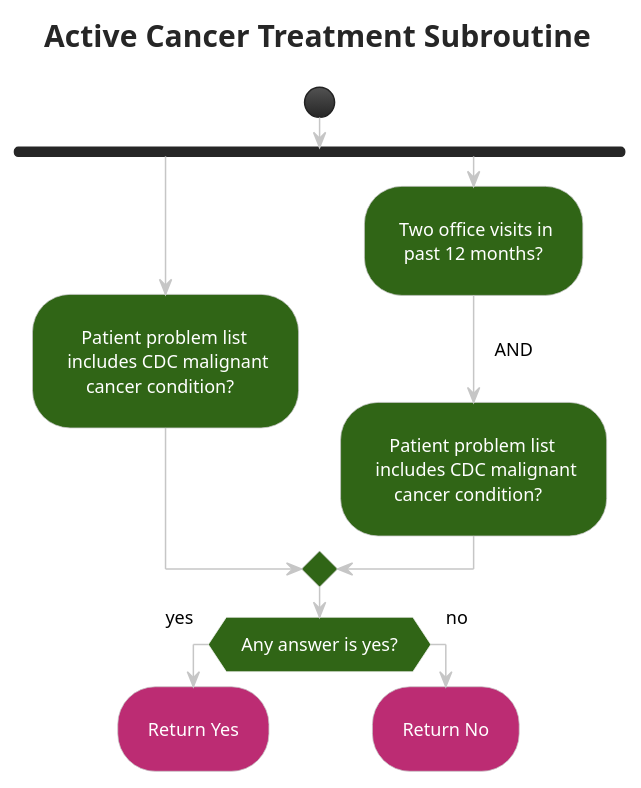
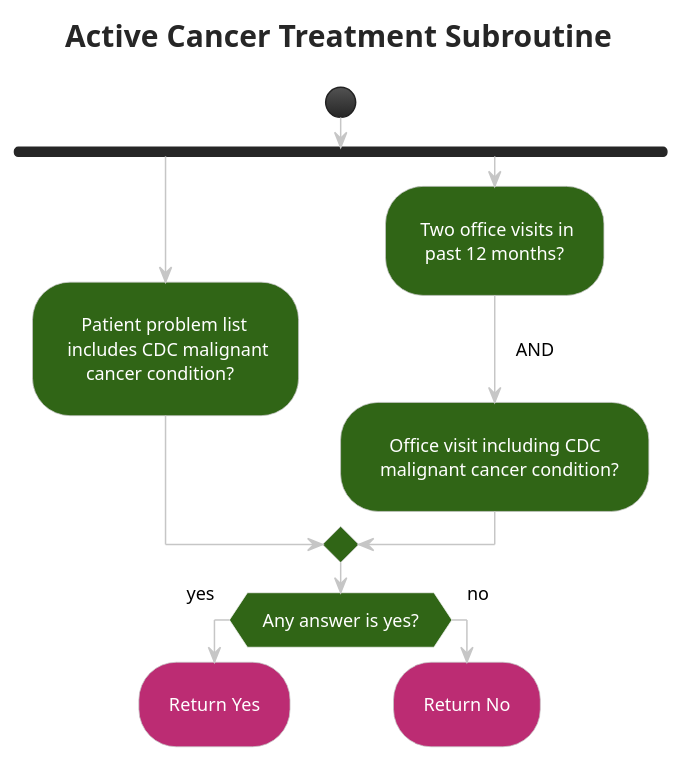
The diagram in input/images-source/subroutine_active_cancer_treatment.plantuml (cqframework/opioid-cds-r4), drawn with PlantUML before and after one commit.

Commit message:
Fix for active cancer sub-routine diagram

```diff
--- a/input/images-source/subroutine_active_cancer_treatment.plantuml
+++ b/input/images-source/subroutine_active_cancer_treatment.plantuml
@@ -1,31 +1,31 @@
 @startuml subroutine_active_cancer_treatment
 !theme carbon-gray
 skinparam ActivityBackgroundColor #306516
 <style>
 activityDiagram {
  FontColor white
  RoundCorner 50
  arrow {
   FontColor: Black
  }
  diamond {
   BackgroundColor #306516
  }
 }
 </style>
 title Active Cancer Treatment Subroutine
 start
 fork
 :    Patient problem list\n includes CDC malignant\n     cancer condition?;
 fork again
 : Two office visits in\n  past 12 months?;
 -> AND;
-:    Patient problem list\n includes CDC malignant\n     cancer condition?;
+:    Office visit including CDC \n  malignant cancer condition?;
 end merge
 if (Any answer is yes?) then (yes)
 #BC2C73:Return Yes;
 kill
 else (no)
 #BC2C73:Return No;
 kill
 @enduml
```
